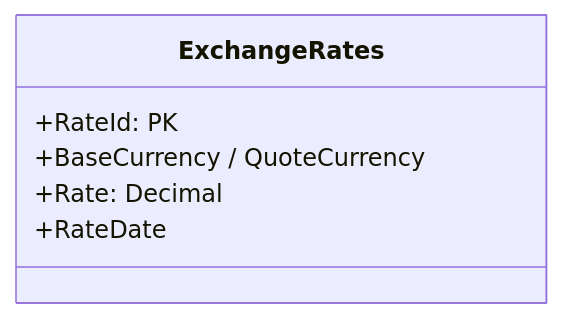
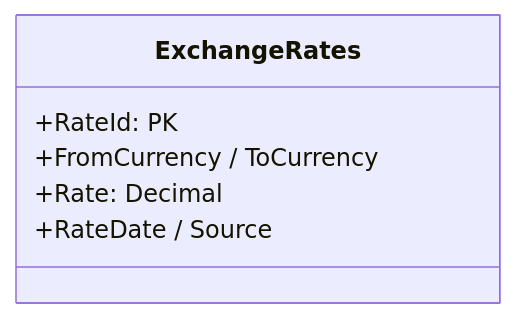
The fourth of 4 diagrams in docs/diagrams/uml/03-domain-ghg.md (Software-Lifecycle-Consultants/SusDevOS-Pro), drawn with Mermaid before and after one commit. The commit also changed other lines of this file and 23 other files, not shown here.

````diff
--- a/docs/diagrams/uml/03-domain-ghg.md
+++ b/docs/diagrams/uml/03-domain-ghg.md
@@ -168,9 +179,9 @@
 ```mermaid
 classDiagram
     class ExchangeRates {
         +RateId: PK
-        +BaseCurrency / QuoteCurrency
+        +FromCurrency / ToCurrency
         +Rate: Decimal
-        +RateDate
+        +RateDate / Source
     }
 ```
````
